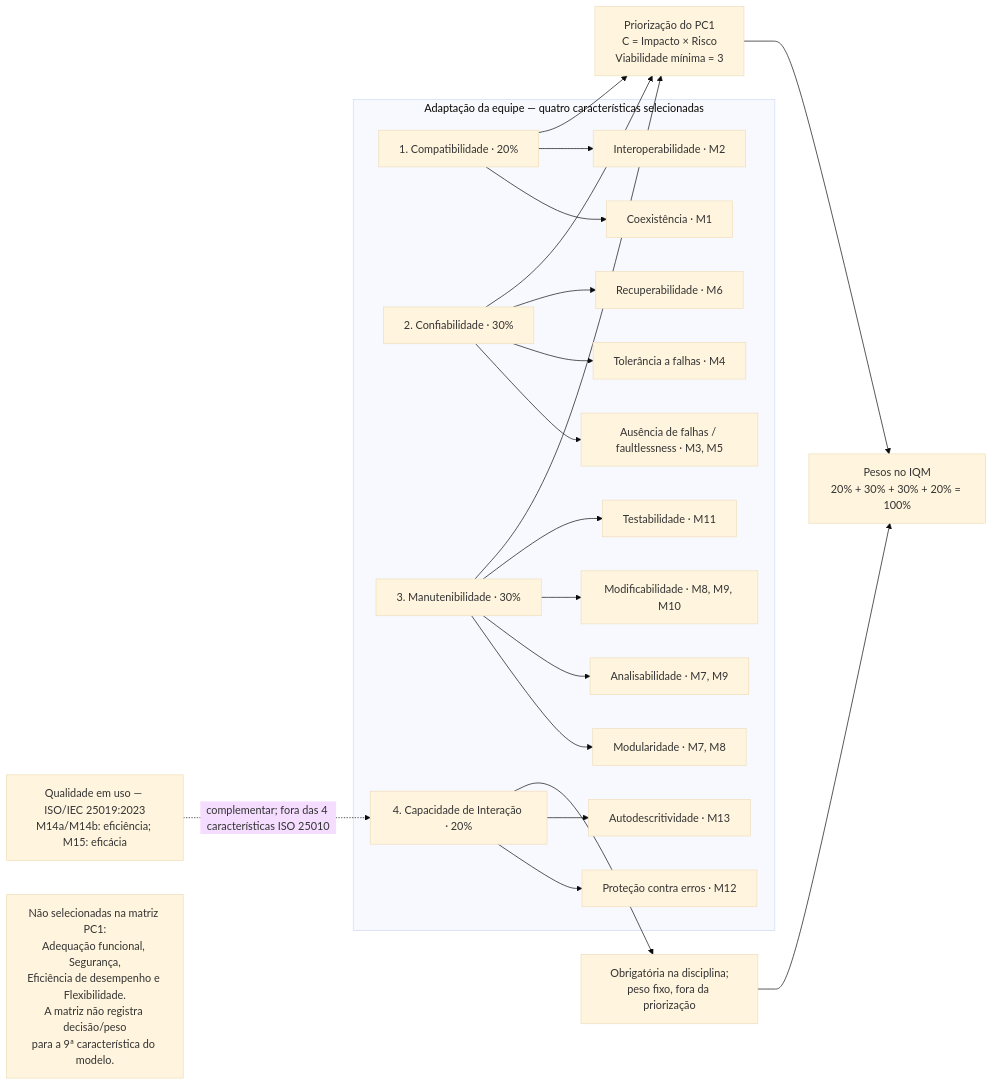
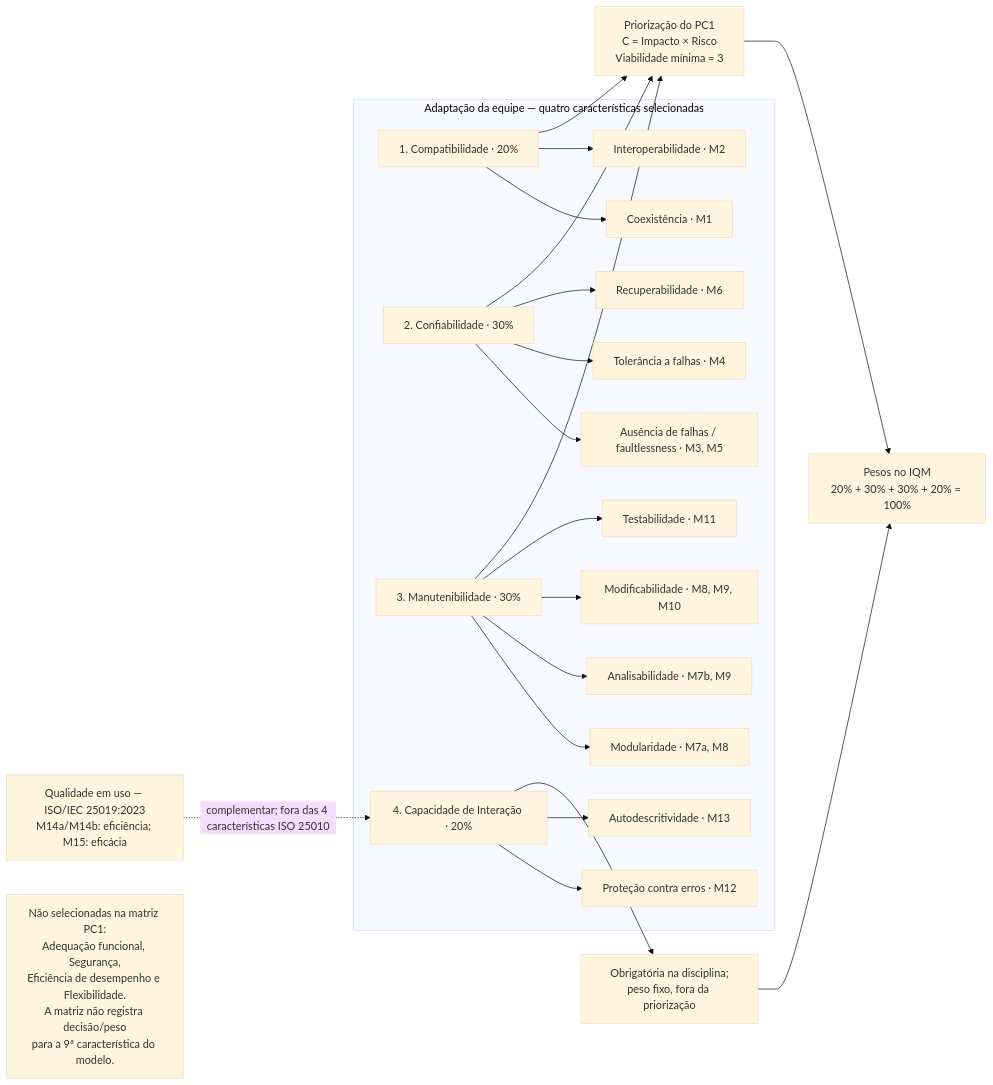
The first of 5 diagrams in docs/gqm_evaluation_framework.md (FCTE-Qualidade-de-Software-1/2026-2_T02_GRACE_HOPPER), drawn with Mermaid (base theme) before and after one commit. The commit also changed other lines of this file and 1 other file, not shown here.

````diff
--- a/docs/gqm_evaluation_framework.md
+++ b/docs/gqm_evaluation_framework.md
@@ -104,30 +104,30 @@
 ```mermaid
 flowchart LR
     subgraph ADAPTACAO["Adaptação da equipe — quatro características selecionadas"]
         COMP["1. Compatibilidade · 20%"]
         REL["2. Confiabilidade · 30%"]
         MAN["3. Manutenibilidade · 30%"]
         INT["4. Capacidade de Interação · 20%"]
 
         COMP --> COEX["Coexistência · M1"]
         COMP --> INTEROP["Interoperabilidade · M2"]
         REL --> FAULT["Ausência de falhas / faultlessness · M3, M5"]
         REL --> TOL["Tolerância a falhas · M4"]
         REL --> REC["Recuperabilidade · M6"]
-        MAN --> MOD["Modularidade · M7, M8"]
-        MAN --> ANAL["Analisabilidade · M7, M9"]
+        MAN --> MOD["Modularidade · M7a, M8"]
+        MAN --> ANAL["Analisabilidade · M7b, M9"]
         MAN --> MODIF["Modificabilidade · M8, M9, M10"]
         MAN --> TEST["Testabilidade · M11"]
         INT --> ERR["Proteção contra erros · M12"]
         INT --> SELF["Autodescritividade · M13"]
     end
 
     COMP --> PESO["Priorização do PC1<br/>C = Impacto × Risco<br/>Viabilidade mínima = 3"]
     REL --> PESO
     MAN --> PESO
     INT --> OBR["Obrigatória na disciplina;<br/>peso fixo, fora da priorização"]
     PESO --> IQM["Pesos no IQM<br/>20% + 30% + 30% + 20% = 100%"]
     OBR --> IQM
     QOU["Qualidade em uso — ISO/IEC 25019:2023<br/>M14a/M14b: eficiência; M15: eficácia"] -. "complementar; fora das 4 características ISO 25010" .-> INT
     OUT["Não selecionadas na matriz PC1:<br/>Adequação funcional, Segurança,<br/>Eficiência de desempenho e Flexibilidade.<br/>A matriz não registra decisão/peso<br/>para a 9ª característica do modelo."]
 ```
````
